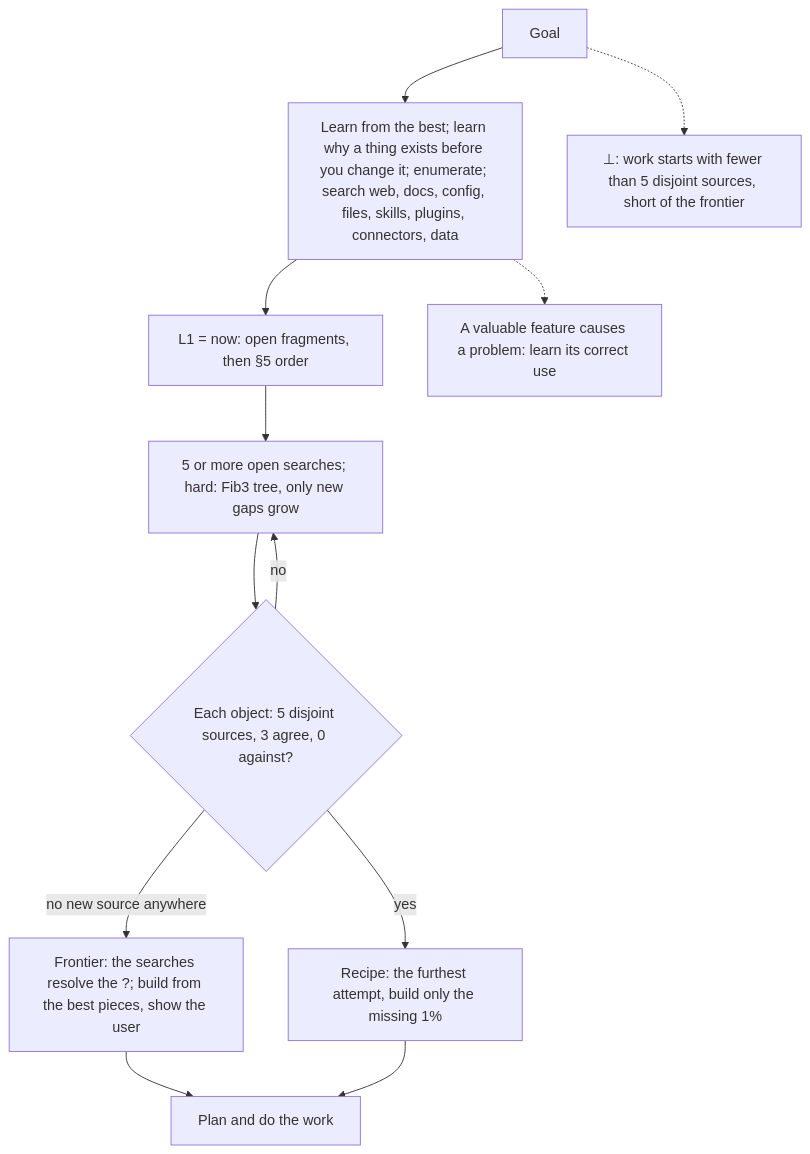
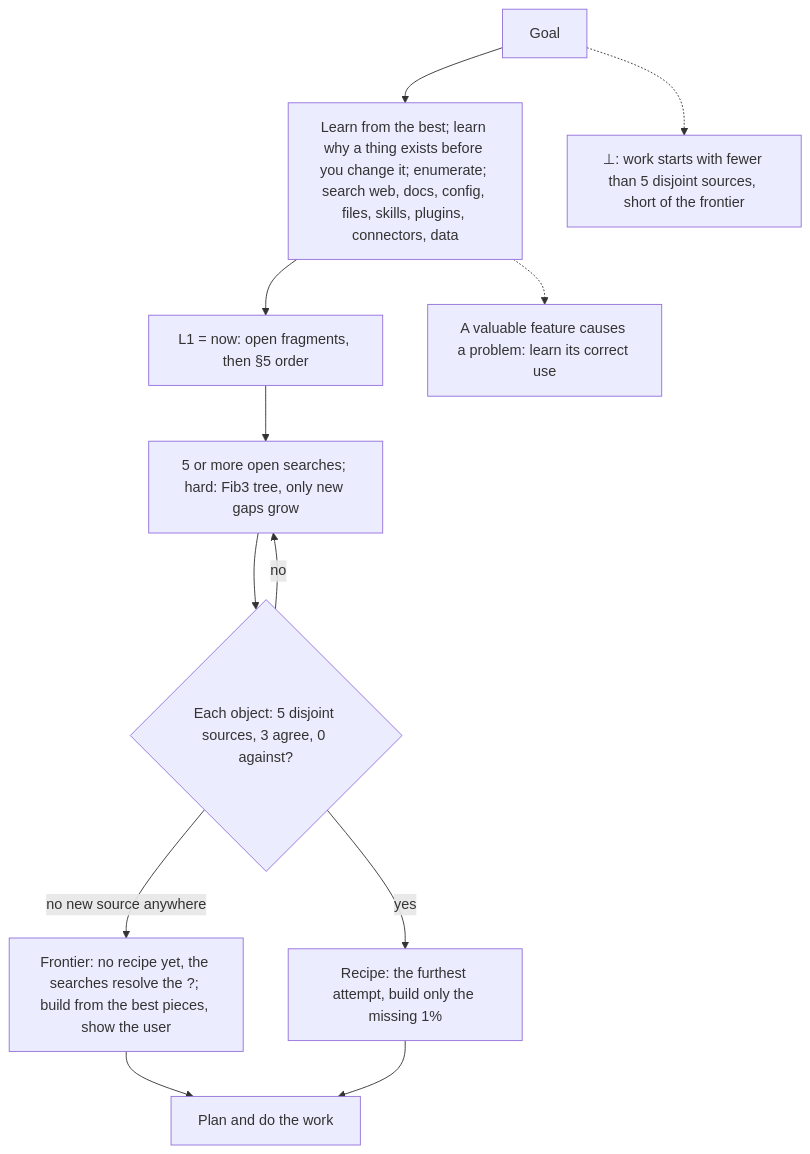
One commit to SolenixAI/arbiter changed the fourth of 14 diagrams in AGENTS.md. Above: the diagram before and after it, drawn with Mermaid. The commit also changed other lines of this file, not shown here.

First line of the commit message:
fix(agents): five sweep fixes; the frontier resolves only 'no recipe exists yet'

````diff
--- a/AGENTS.md
+++ b/AGENTS.md
@@ -157,10 +157,10 @@
 ```mermaid
 flowchart TD
   G[Goal] --> L["Learn from the best; learn why a thing exists before you change it; enumerate; search web, docs, config, files, skills, plugins, connectors, data"] --> F1["L1 = now: open fragments, then §5 order"] --> Q["5 or more open searches; hard: Fib3 tree, only new gaps grow"]
   Q --> N{"Each object: 5 disjoint sources, 3 agree, 0 against?"}
   N -->|no| Q
-  N -->|no new source anywhere| U["Frontier: the searches resolve the ?; build from the best pieces, show the user"] --> B[Plan and do the work]
+  N -->|no new source anywhere| U["Frontier: no recipe yet, the searches resolve the ?; build from the best pieces, show the user"] --> B[Plan and do the work]
   N -->|yes| R["Recipe: the furthest attempt, build only the missing 1%"] --> B
   L -.-> NB["A valuable feature causes a problem: learn its correct use"]
   G -.-> BOT["⊥: work starts with fewer than 5 disjoint sources, short of the frontier"]
 ```
````
